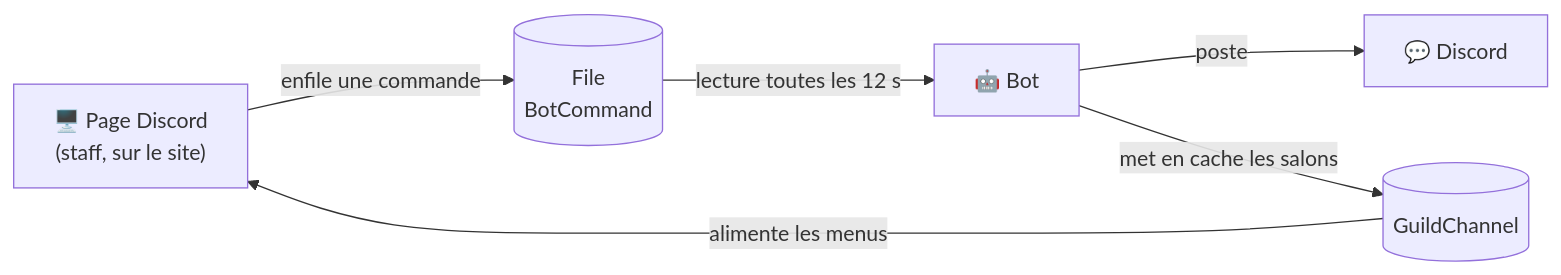
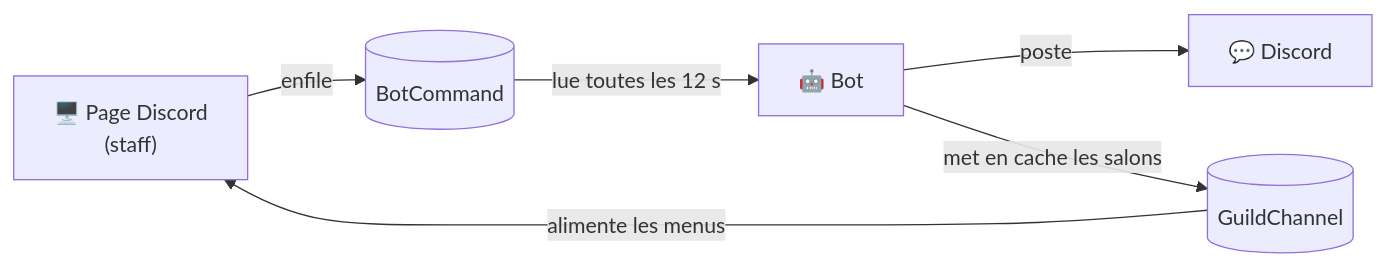
One commit to maximedespaux/vanguardmmo changed the sixth of 7 diagrams in README.md. Above: the diagram before and after it, drawn with Mermaid. The commit also changed other lines of this file, not shown here.

First line of the commit message:
docs: le README dit ce que le site fait aujourd'hui

````diff
--- a/README.md
+++ b/README.md
@@ -125,8 +222,8 @@
 ```mermaid
 flowchart LR
-    A["🖥️ Page Discord<br/>(staff, sur le site)"] -->|"enfile une commande"| Q[("File<br/>BotCommand")]
-    Q -->|"lecture toutes les 12 s"| B["🤖 Bot"]
+    A["🖥️ Page Discord<br/>(staff)"] -->|"enfile"| Q[("BotCommand")]
+    Q -->|"lue toutes les 12 s"| B["🤖 Bot"]
     B -->|"poste"| D["💬 Discord"]
     B -->|"met en cache les salons"| G[("GuildChannel")]
     G -->|"alimente les menus"| A
 ```
````
